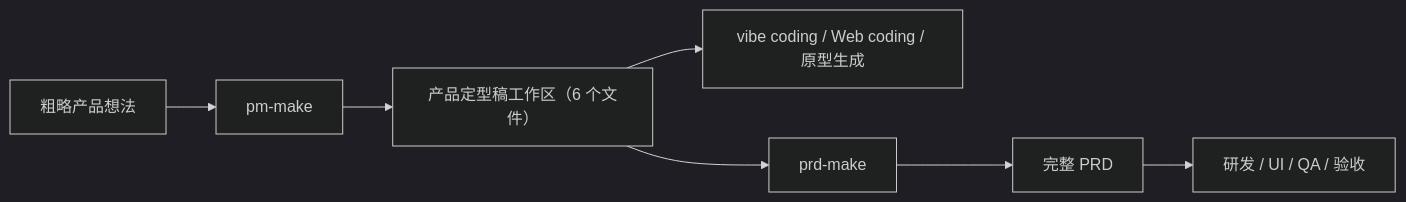
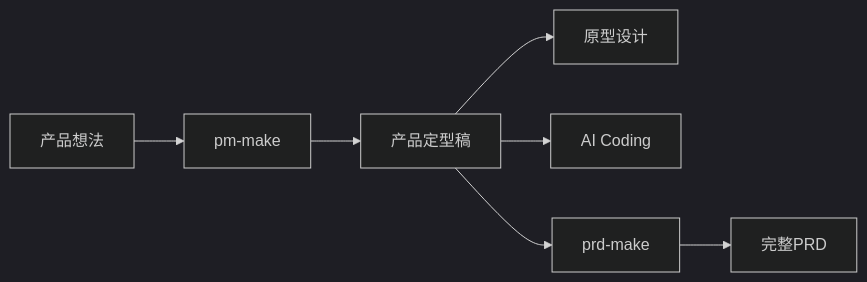
Before and after one commit to IMinnn/PRD-Make-SKILL: the diagram in README.md, drawn with Mermaid (dark theme). The commit also changed other lines of this file, not shown here.

````diff
--- a/README.md
+++ b/README.md
@@ -107,9 +26,9 @@
 ```mermaid
 flowchart LR
-  A["粗略产品想法"] --> B["pm-make"]
-  B --> C["产品定型稿工作区（6 个文件）"]
-  C --> D["vibe coding / Web coding / 原型生成"]
-  C --> E["prd-make"]
-  E --> F["完整 PRD"]
-  F --> G["研发 / UI / QA / 验收"]
+    A["产品想法"] --> B["pm-make"]
+    B --> C["产品定型稿"]
+    C --> D["原型设计"]
+    C --> E["AI Coding"]
+    C --> F["prd-make"]
+    F --> G["完整PRD"]
 ```
````
